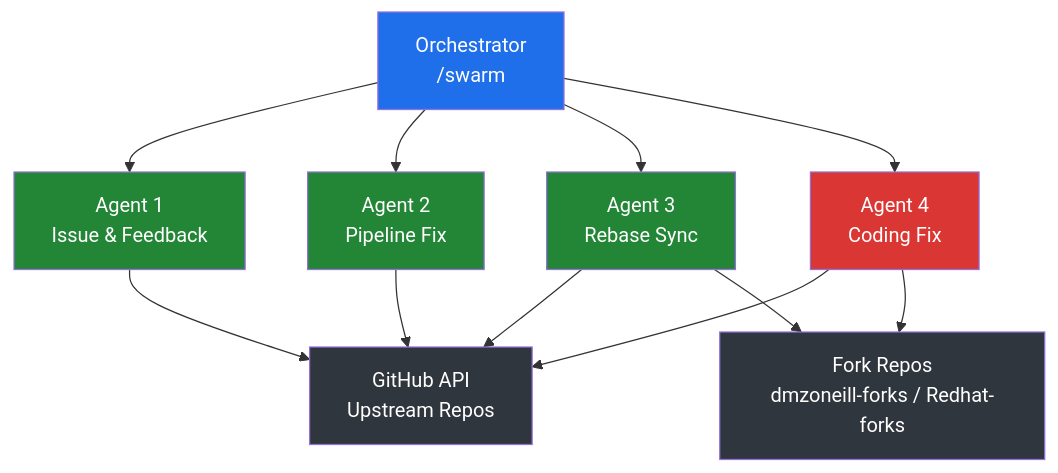
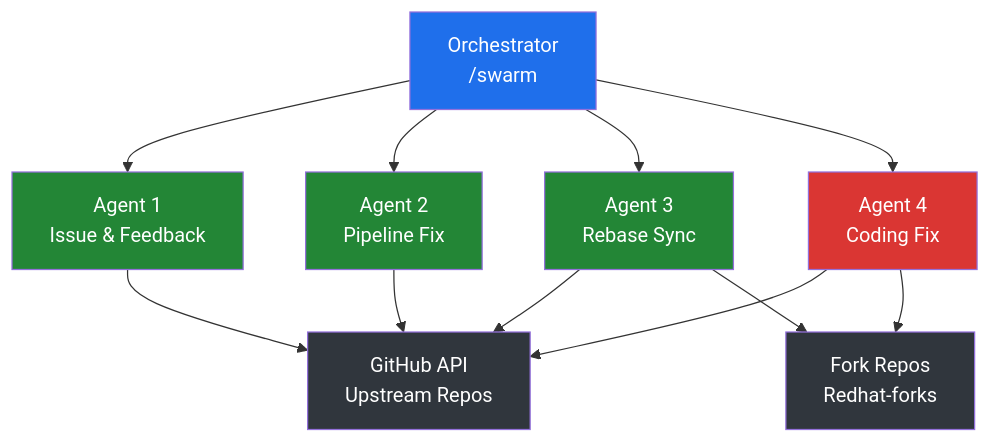
The first of 2 diagrams in CLAUDE.md (dmzoneill/github-ai-contributor), drawn with Mermaid before and after one commit. The commit also changed other lines of this file and 7 other files, not shown here.

First line of the commit message:
refactor: reduce scope to Redhat-forks only and branch from upstream

````diff
--- a/CLAUDE.md
+++ b/CLAUDE.md
@@ -56,20 +55,20 @@
 ```mermaid
 graph TD
     O[Orchestrator<br/>/swarm] --> A1[Agent 1<br/>Issue & Feedback]
     O --> A2[Agent 2<br/>Pipeline Fix]
     O --> A3[Agent 3<br/>Rebase Sync]
     O --> A4[Agent 4<br/>Coding Fix]
     A1 --> GH[GitHub API<br/>Upstream Repos]
     A2 --> GH
     A3 --> GH
     A4 --> GH
-    A4 --> FK[Fork Repos<br/>dmzoneill-forks / Redhat-forks]
+    A4 --> FK[Fork Repos<br/>Redhat-forks]
     A3 --> FK
     style O fill:#1f6feb,color:#fff
     style A1 fill:#238636,color:#fff
     style A2 fill:#238636,color:#fff
     style A3 fill:#238636,color:#fff
     style A4 fill:#da3633,color:#fff
     style GH fill:#30363d,color:#fff
     style FK fill:#30363d,color:#fff
 ```
````
